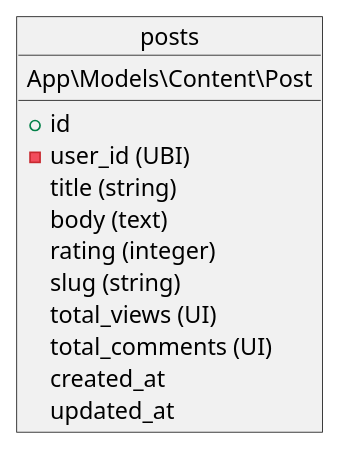
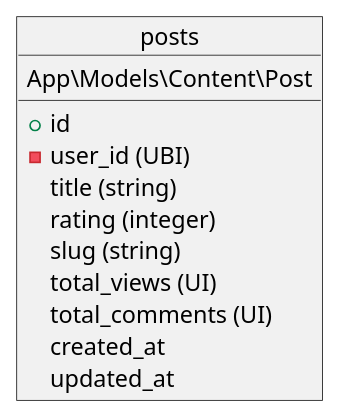
Before and after one commit to fesh-biz/7dab: the diagram in info/database/tables/content/posts.puml, drawn with PlantUML. The commit also changed 26 other files, not shown here.

```diff
--- a/info/database/tables/content/posts.puml
+++ b/info/database/tables/content/posts.puml
@@ -1,18 +1,17 @@
 @startuml
 object posts {
     App\Models\Content\Post
     __
     + id
     - user_id (UBI)
 
     title (string)
-    body (text)
     rating (integer)
     slug (string)
     total_views (UI)
     total_comments (UI)
 
     created_at
     updated_at
 }
 @enduml
```
